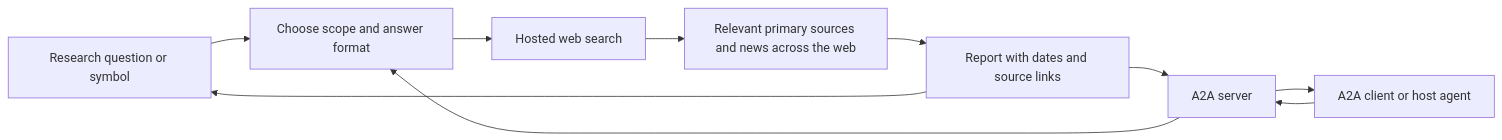
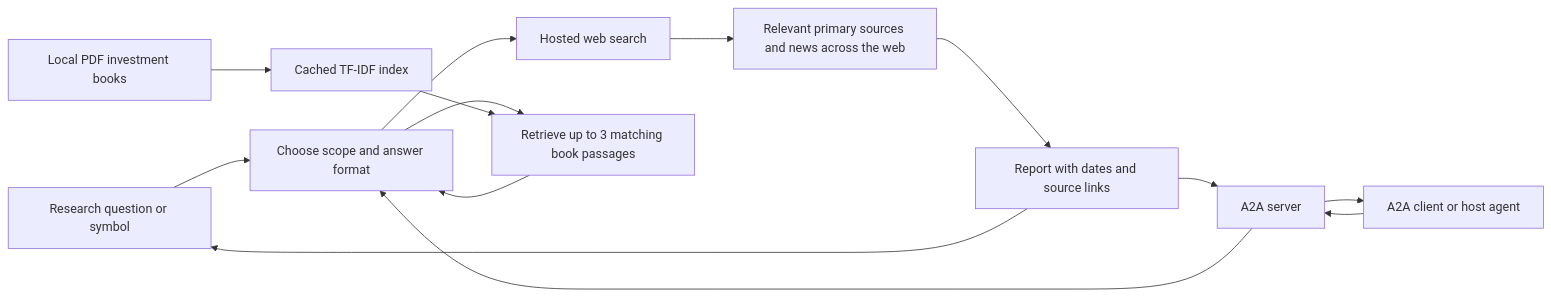
One commit to Dhakal29/stocks-research-agent changed the diagram in nepse_agent/README.md. Above: the diagram before and after it, drawn with Mermaid. The commit also changed other lines of this file and 1 other file, not shown here.

Commit message:
docs: document book-based RAG stock analysis

````diff
--- a/nepse_agent/README.md
+++ b/nepse_agent/README.md
@@ -10,12 +14,16 @@
 ```mermaid
 flowchart LR
     User[Research question or symbol] --> Research[Choose scope and answer format]
     Host[A2A client or host agent] --> Server[A2A server]
     Server --> Research
     Research --> Search[Hosted web search]
+    Books[Local PDF investment books] --> Index[Cached TF-IDF index]
+    Research --> Retrieve[Retrieve up to 3 matching book passages]
+    Index --> Retrieve
+    Retrieve --> Research
     Search --> Evidence[Relevant primary sources and news across the web]
     Evidence --> Report[Report with dates and source links]
     Report --> User
     Report --> Server
     Server --> Host
 ```
````
